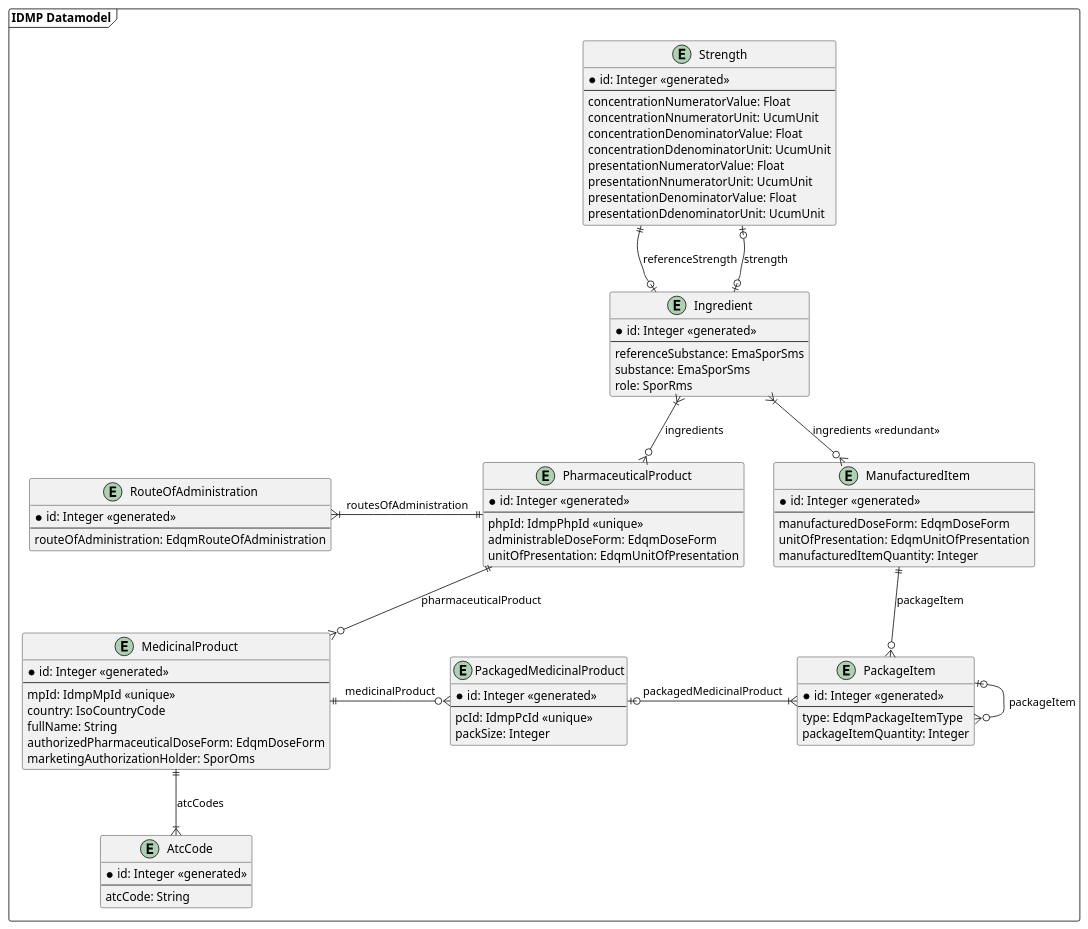
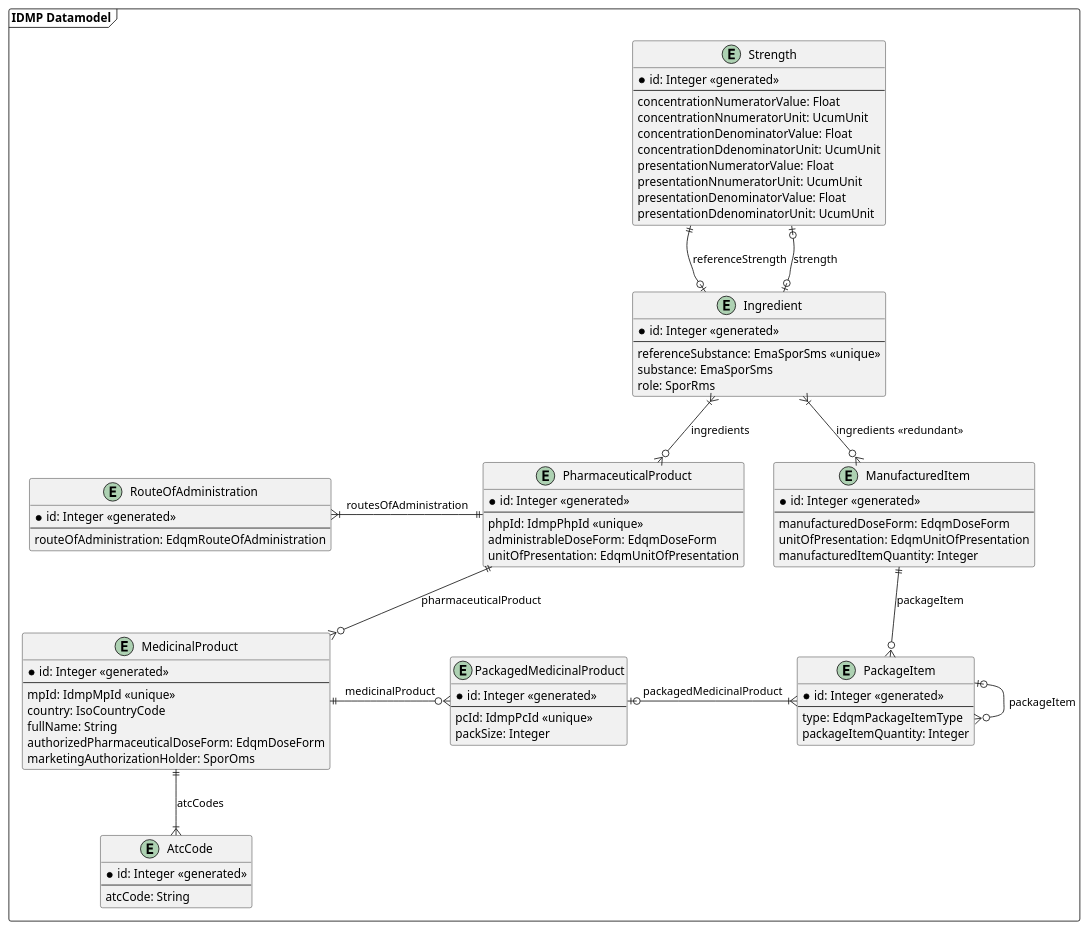
Before and after one commit to unicom-project-eu/wp6-db-api: the diagram in uml/class/datamodelRedesigned.puml, drawn with PlantUML.

Commit message:
Added unique stereotypes

```diff
--- a/uml/class/datamodelRedesigned.puml
+++ b/uml/class/datamodelRedesigned.puml
@@ -1,96 +1,96 @@
 @startuml
 'https://plantuml.com/class-diagram
 
 package "IDMP Datamodel" as idmpDatamodel <<frame>> {
     entity Strength {
         * id: Integer <<generated>>
         --
         concentrationNumeratorValue: Float
         concentrationNnumeratorUnit: UcumUnit
         concentrationDenominatorValue: Float
         concentrationDdenominatorUnit: UcumUnit
         presentationNumeratorValue: Float
         presentationNnumeratorUnit: UcumUnit
         presentationDenominatorValue: Float
         presentationDdenominatorUnit: UcumUnit
     }
 
     entity Ingredient {
         * id: Integer <<generated>>
         --
-        referenceSubstance: EmaSporSms
+        referenceSubstance: EmaSporSms <<unique>>
         substance: EmaSporSms
         role: SporRms
     }
 
     together {
         entity RouteOfAdministration {
             * id: Integer <<generated>>
             --
             routeOfAdministration: EdqmRouteOfAdministration
         }
 
         entity PharmaceuticalProduct {
             * id: Integer <<generated>>
             --
             phpId: IdmpPhpId <<unique>>
             administrableDoseForm: EdqmDoseForm
             unitOfPresentation: EdqmUnitOfPresentation
         }
     }
 
     entity MedicinalProduct {
         * id: Integer <<generated>>
         --
         mpId: IdmpMpId <<unique>>
         country: IsoCountryCode
         fullName: String
         authorizedPharmaceuticalDoseForm: EdqmDoseForm
         marketingAuthorizationHolder: SporOms
     }
 
     entity AtcCode {
         * id: Integer <<generated>>
         --
         atcCode: String
     }
 
     entity PackagedMedicinalProduct {
         * id: Integer <<generated>>
         --
         pcId: IdmpPcId <<unique>>
         packSize: Integer
     }
 
     entity PackageItem {
         * id: Integer <<generated>>
         --
         type: EdqmPackageItemType
         packageItemQuantity: Integer
     }
 
     entity ManufacturedItem {
         * id: Integer <<generated>>
         --
         manufacturedDoseForm: EdqmDoseForm
         unitOfPresentation: EdqmUnitOfPresentation
         manufacturedItemQuantity: Integer
     }
 
     MedicinalProduct ||--|{ AtcCode : "atcCodes"
 
     Strength ||--o| Ingredient : "referenceStrength"
     Strength |o--o| Ingredient : "strength"
 
     Ingredient }|-o{ ManufacturedItem : "ingredients <<redundant>>"
     Ingredient }|--o{ PharmaceuticalProduct : "ingredients"
 
     RouteOfAdministration }|-r-|| PharmaceuticalProduct : "routesOfAdministration"
     PharmaceuticalProduct ||--o{ MedicinalProduct : "pharmaceuticalProduct"
     MedicinalProduct ||-o{ PackagedMedicinalProduct : "medicinalProduct"
     PackagedMedicinalProduct |o-|{ PackageItem : "packagedMedicinalProduct"
     PackageItem |o-o{ PackageItem : "packageItem"
     ManufacturedItem ||--o{ PackageItem : "packageItem"
 }
 
 @enduml
```
